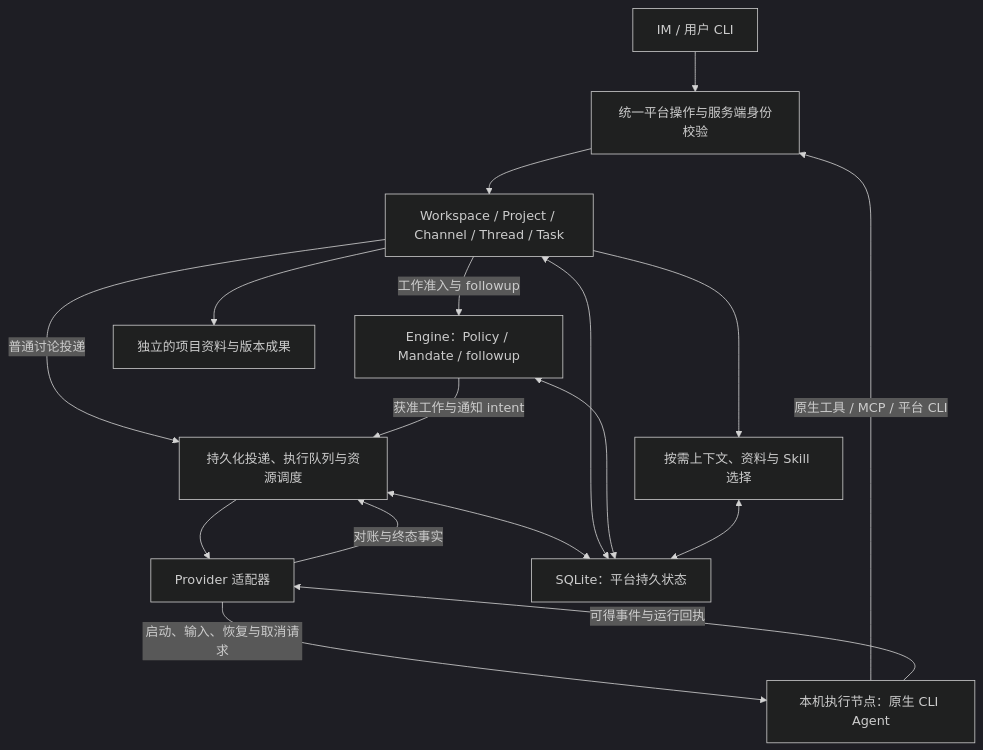
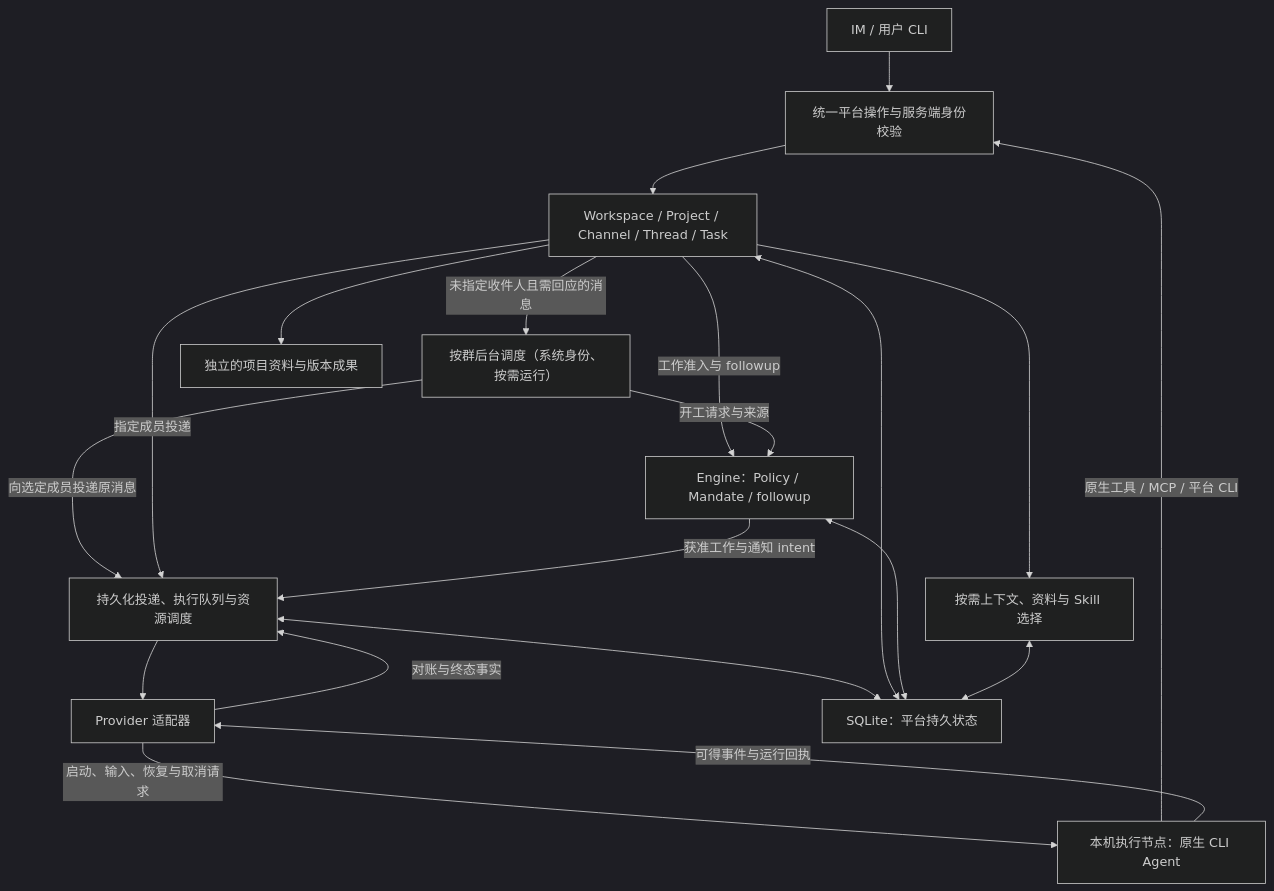
The diagram in PRD.md (PeterFile/ct0x), drawn with Mermaid (dark theme) before and after one commit. The commit also changed other lines of this file, not shown here.

````diff
--- a/PRD.md
+++ b/PRD.md
@@ -44,19 +44,22 @@
 ```mermaid
 flowchart TB
     UI["IM / 用户 CLI"] --> CMD["统一平台操作与服务端身份校验"]
     AG["本机执行节点：原生 CLI Agent"] -- "原生工具 / MCP / 平台 CLI" --> CMD
     CMD --> COL["Workspace / Project / Channel / Thread / Task"]
     COL -- "工作准入与 followup" --> ENG["Engine：Policy / Mandate / followup"]
-    COL -- "普通讨论投递" --> QUE["持久化投递、执行队列与资源调度"]
+    COL -- "未指定收件人且需回应的消息" --> BACKGROUND["按群后台调度（系统身份、按需运行）"]
+    BACKGROUND -- "向选定成员投递原消息" --> QUE["持久化投递、执行队列与资源调度"]
+    BACKGROUND -- "开工请求与来源" --> ENG
+    COL -- "指定成员投递" --> QUE
     ENG -- "获准工作与通知 intent" --> QUE
     COL --> CTX["按需上下文、资料与 Skill 选择"]
     QUE --> AD["Provider 适配器"]
     AD -- "启动、输入、恢复与取消请求" --> AG
     AG -- "可得事件与运行回执" --> AD
     AD -- "对账与终态事实" --> QUE
     QUE <--> DB["SQLite：平台持久状态"]
     COL <--> DB
     ENG <--> DB
     CTX <--> DB
     COL --> ART["独立的项目资料与版本成果"]
 ```
````
